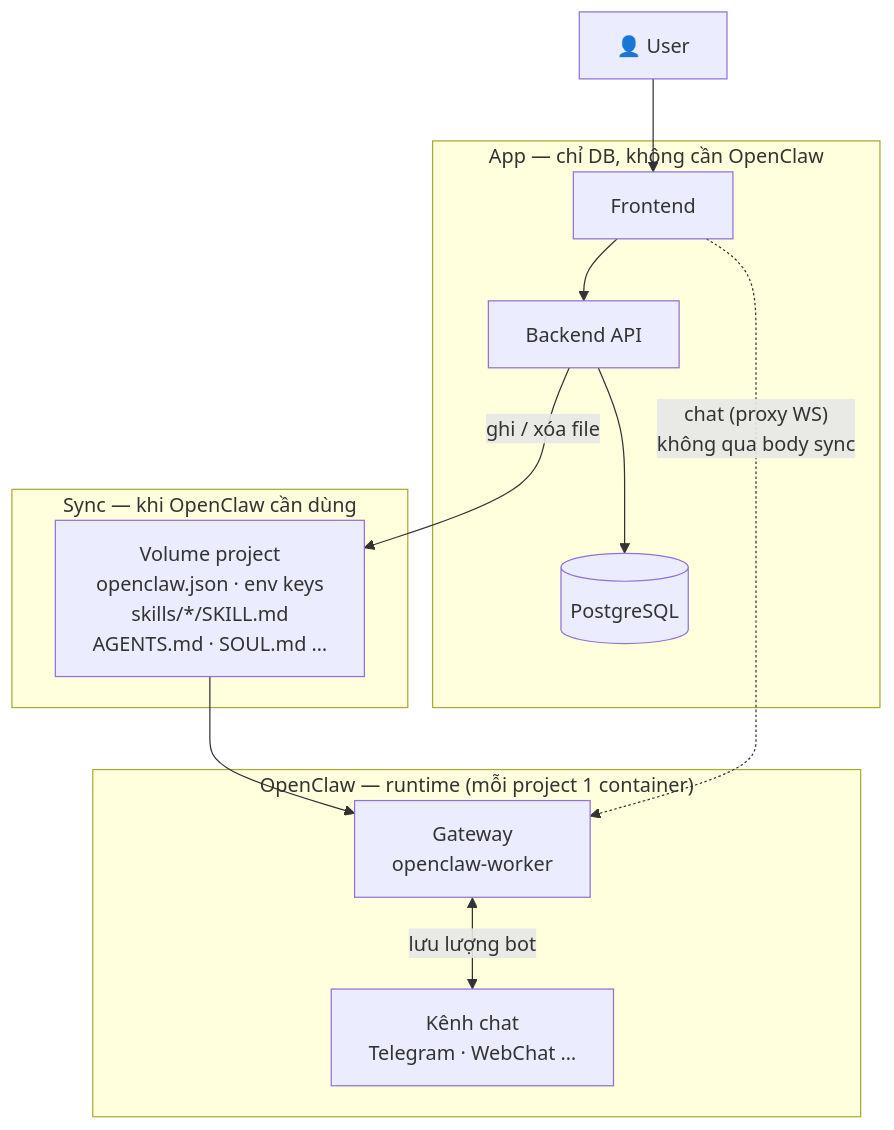
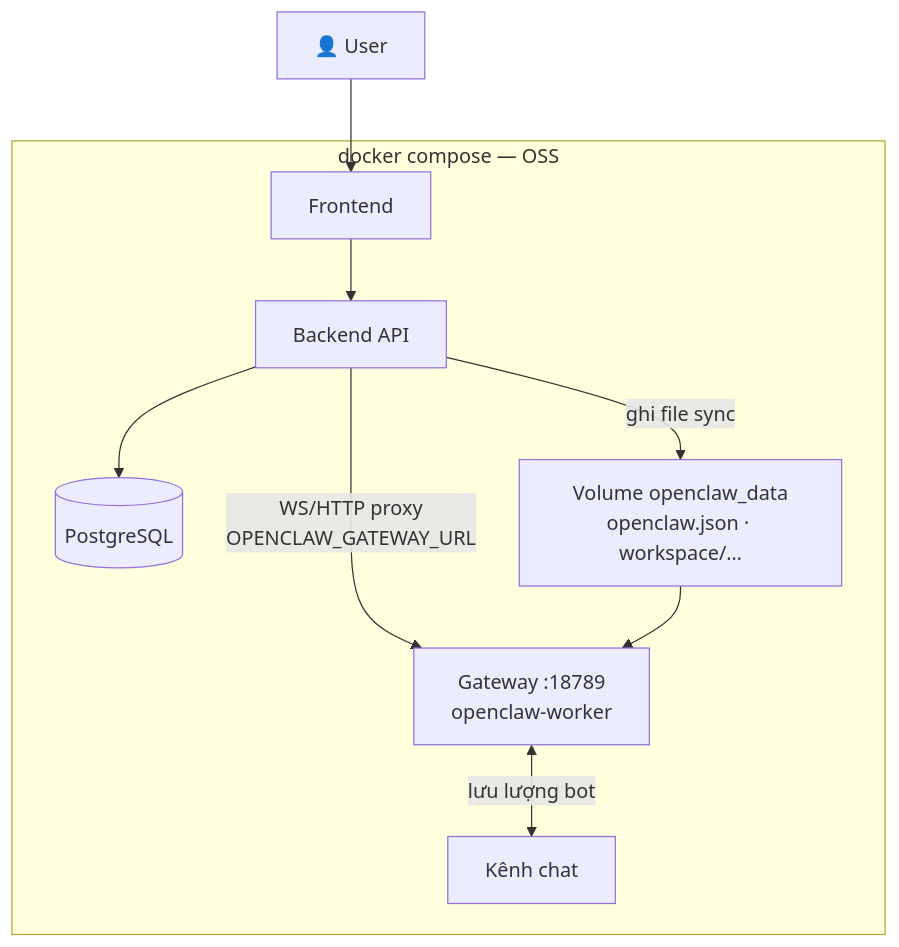
The first of 9 diagrams in workflow.md (mankhb2k/claw-dashboard), drawn with Mermaid before and after one commit. The commit also changed other lines of this file and 1 other file, not shown here.

````diff
--- a/workflow.md
+++ b/workflow.md
@@ -45,26 +57,19 @@
 ```mermaid
 flowchart TB
     U["👤 User"]
 
-    subgraph APP["App — chỉ DB, không cần OpenClaw"]
+    subgraph COMPOSE["docker compose — OSS"]
         FE["Frontend"]
         API["Backend API"]
         DB[("PostgreSQL")]
+        GW["Gateway :18789\nopenclaw-worker"]
+        VOL["Volume openclaw_data\nopenclaw.json · workspace/…"]
         FE --> API --> DB
-    end
-
-    subgraph SYNC["Sync — khi OpenClaw cần dùng"]
-        VOL["Volume project\nopenclaw.json · env keys\nskills/*/SKILL.md\nAGENTS.md · SOUL.md …"]
-        API -->|"ghi / xóa file"| VOL
-    end
-
-    subgraph OC["OpenClaw — runtime (mỗi project 1 container)"]
-        GW["Gateway\nopenclaw-worker"]
-        CH["Kênh chat\nTelegram · WebChat …"]
+        API -->|"ghi file sync"| VOL
+        API -->|"WS/HTTP proxy\nOPENCLAW_GATEWAY_URL"| GW
         VOL --> GW
-        GW <-->|"lưu lượng bot"| CH
+        GW <-->|"lưu lượng bot"| CH["Kênh chat"]
     end
 
     U --> FE
-    FE -.->|"chat (proxy WS)\nkhông qua body sync"| GW
 ```
````
